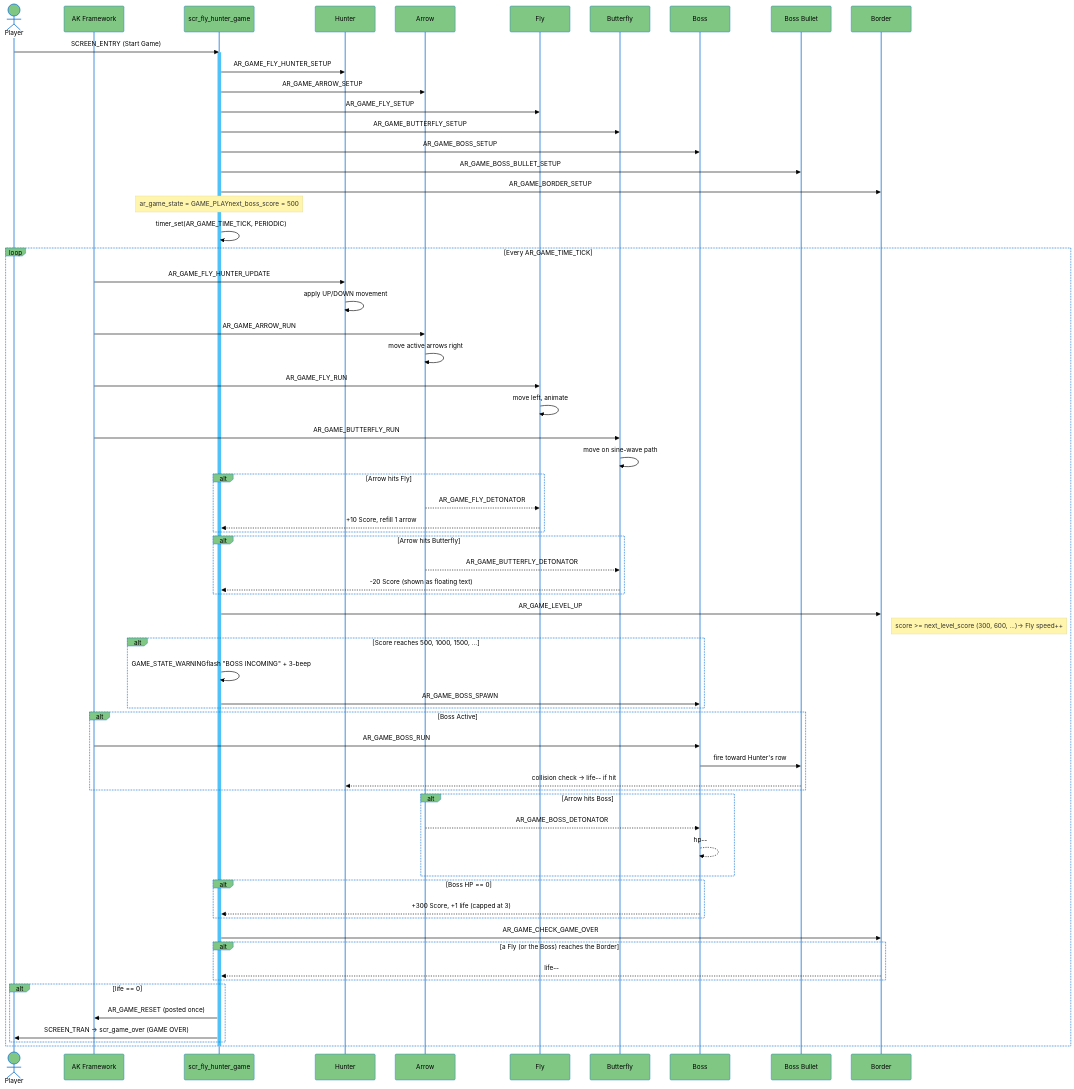
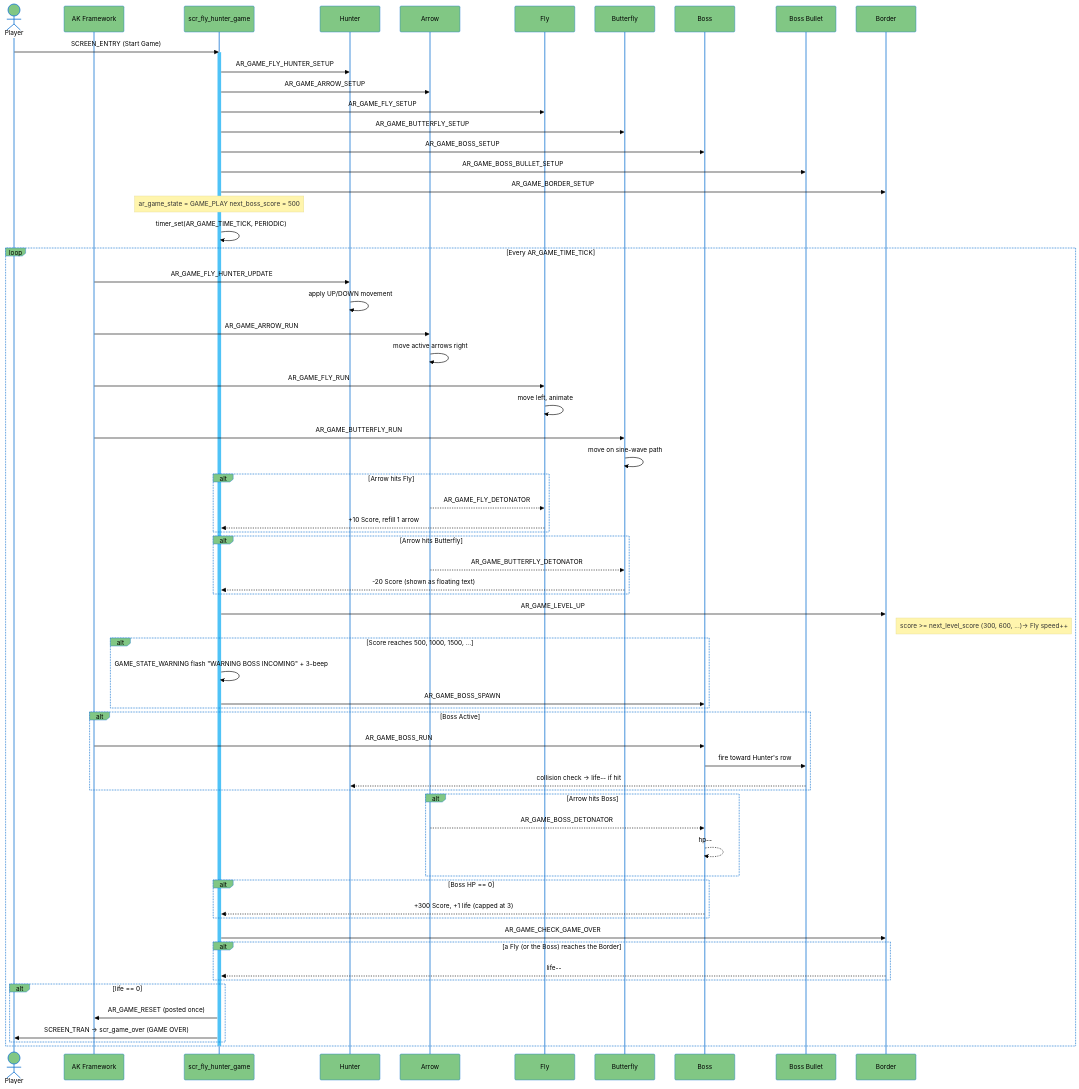
The diagram in README.md (PhanVanTranh/Fly_Hunter_Game), drawn with Mermaid before and after one commit.

Commit message:
Fix formatting and wording in README.md

```diff
--- a/README.md
+++ b/README.md
@@ -179,7 +179,7 @@
     Screen->>BossBullet: AR_GAME_BOSS_BULLET_SETUP
     Screen->>Border: AR_GAME_BORDER_SETUP
 
-    Note over Screen: ar_game_state = GAME_PLAYnext_boss_score = 500
+    Note over Screen: ar_game_state = GAME_PLAY next_boss_score = 500
     Screen->>Screen: timer_set(AR_GAME_TIME_TICK, PERIODIC)
 
     loop Every AR_GAME_TIME_TICK
@@ -210,7 +210,7 @@
         Note right of Border: score >= next_level_score (300, 600, ...)-> Fly speed++
 
         alt Score reaches 500, 1000, 1500, ...
-            Screen->>Screen: GAME_STATE_WARNINGflash "BOSS INCOMING" + 3-beep
+            Screen->>Screen: GAME_STATE_WARNING flash "WARNING BOSS INCOMING" + 3-beep
             Screen->>Boss: AR_GAME_BOSS_SPAWN
         end
 
```
